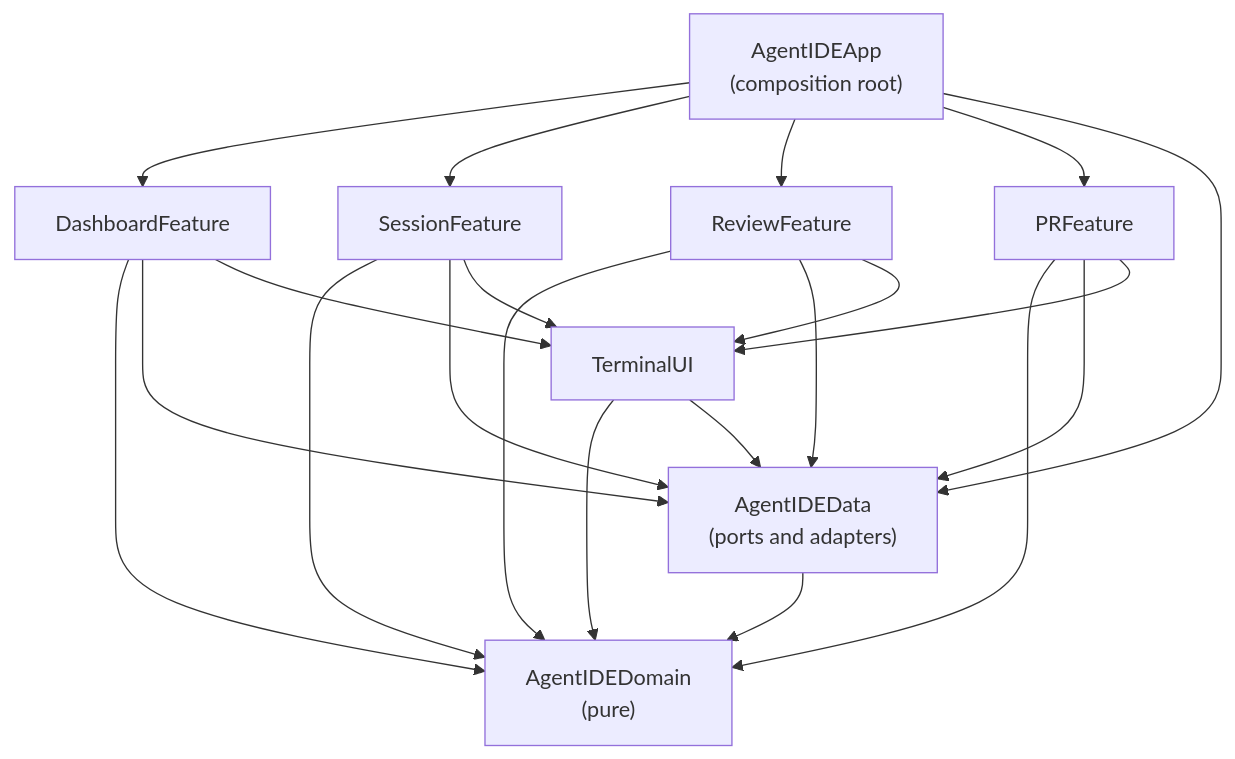
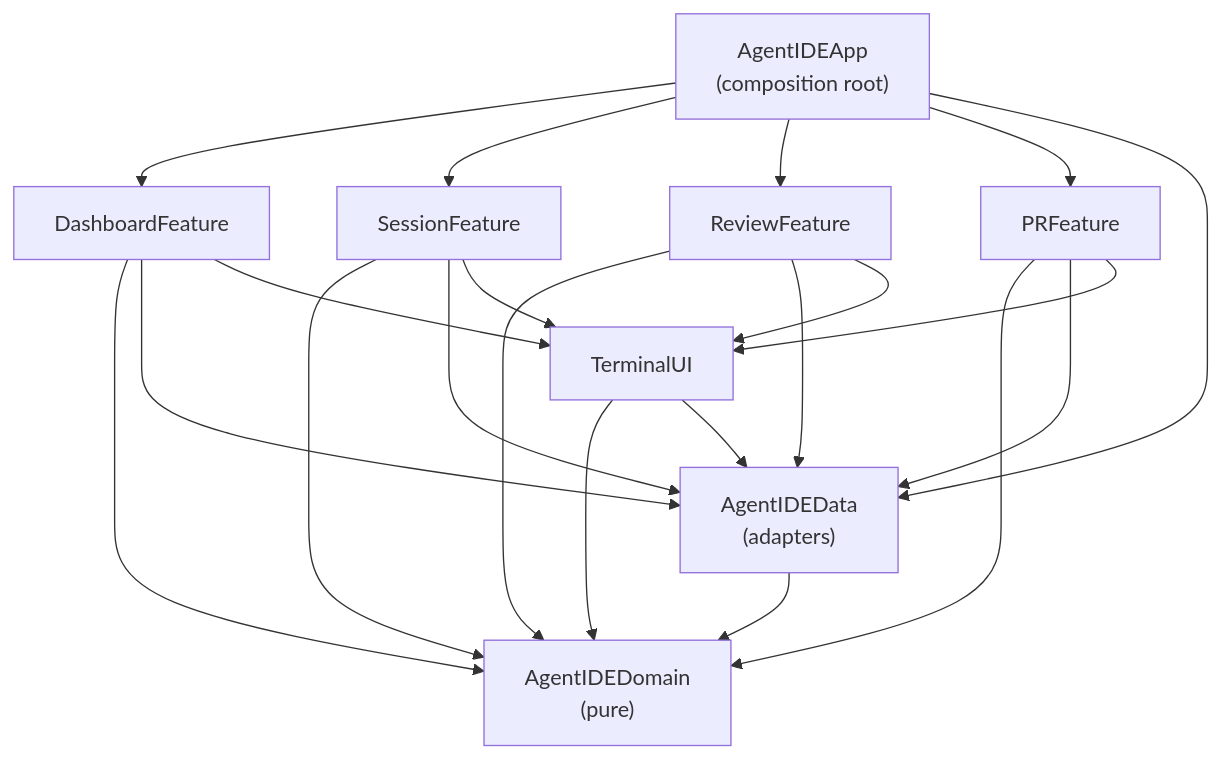
One commit to MikeMcQuaid/AgentIDE changed the second of 2 diagrams in ARCHITECTURE.md. Above: the diagram before and after it, drawn with Mermaid. The commit also changed other lines of this file and 1 other file, not shown here.

First line of the commit message:
Rewrite ARCHITECTURE as a reference, not a changelog

````diff
--- a/ARCHITECTURE.md
+++ b/ARCHITECTURE.md
@@ -384,16 +256,16 @@
 ```mermaid
 flowchart TD
     App["AgentIDEApp<br/>(composition root)"]
     Dashboard["DashboardFeature"]
     Session["SessionFeature"]
     Review["ReviewFeature"]
     PR["PRFeature"]
     Terminal["TerminalUI"]
-    Data["AgentIDEData<br/>(ports and adapters)"]
+    Data["AgentIDEData<br/>(adapters)"]
     Domain["AgentIDEDomain<br/>(pure)"]
 
     App --> Dashboard & Session & Review & PR & Data
     Dashboard & Session & Review & PR --> Domain & Data & Terminal
     Terminal --> Domain & Data
     Data --> Domain
 ```
````
